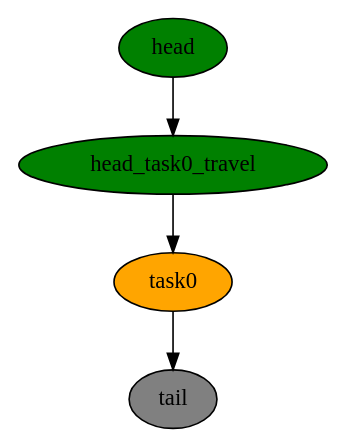
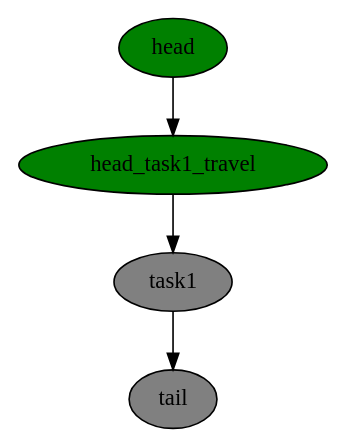
The diagram in data/dot_files/agent_timeline_1_t_22.dot (gkasha/maae), drawn with Graphviz before and after one commit. The commit also changed 233 other files, not shown here.

```diff
--- a/data/dot_files/agent_timeline_1_t_22.dot
+++ b/data/dot_files/agent_timeline_1_t_22.dot
@@ -1,9 +1,9 @@
 digraph timeline {
 head[label="head",style=filled,fillcolor=green,fontcolor=black];
-head_task0_travel[label="head_task0_travel",style=filled,fillcolor=green,fontcolor=black];
-task0[label="task0",style=filled,fillcolor=orange,fontcolor=black];
+head_task1_travel[label="head_task1_travel",style=filled,fillcolor=green,fontcolor=black];
+task1[label="task1",style=filled,fillcolor=gray,fontcolor=black];
 tail[label="tail",style=filled,fillcolor=gray,fontcolor=black];
-"head"->"head_task0_travel"[color=black];
-"head_task0_travel"->"task0"[color=black];
-"task0"->"tail"[color=black];
+"head"->"head_task1_travel"[color=black];
+"head_task1_travel"->"task1"[color=black];
+"task1"->"tail"[color=black];
 }
```
